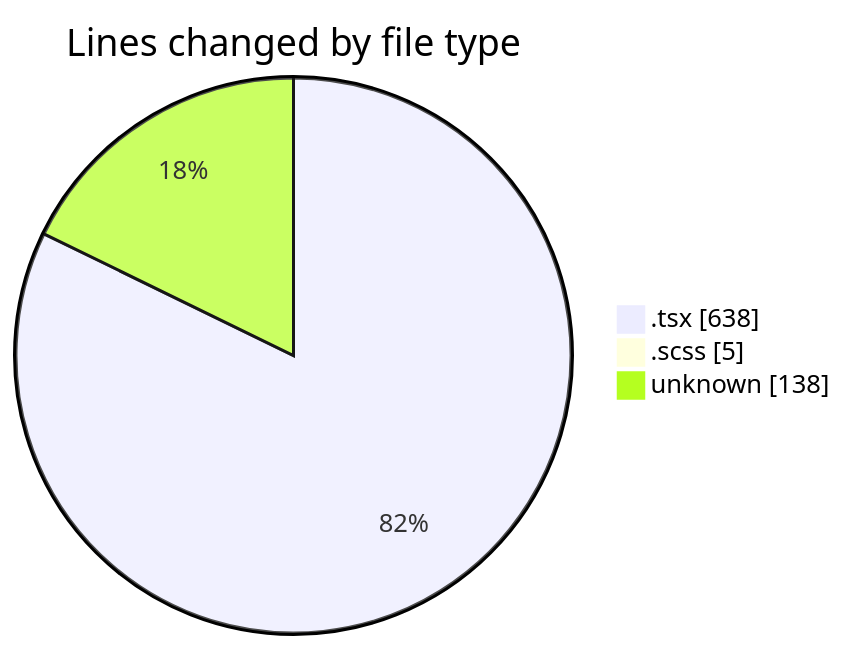
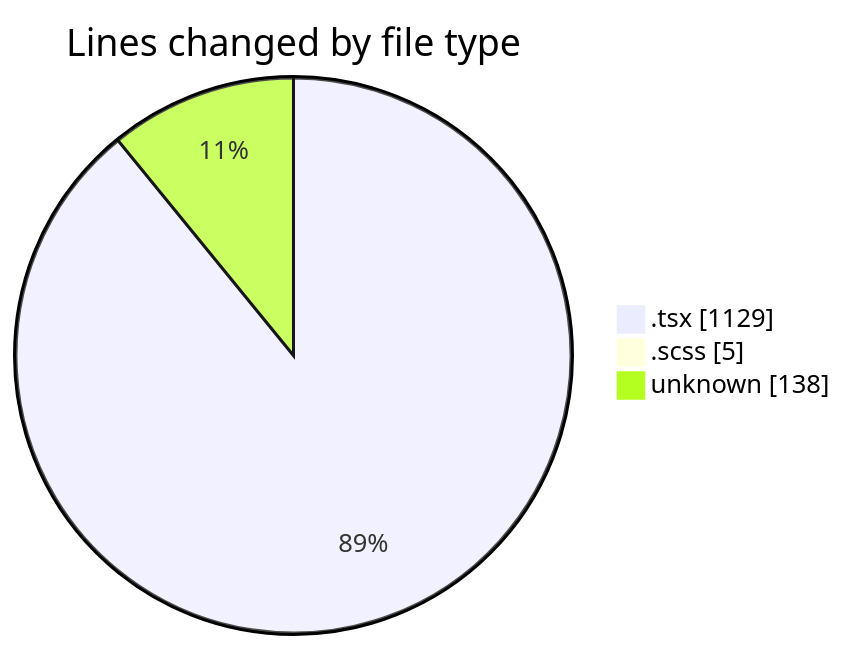
The first of 2 diagrams in 2026-10-13/cda/README.md (momahboobian/code-tracking), drawn with Mermaid before and after one commit. The commit also changed other lines of this file and 1 other file, not shown here.

````diff
--- a/2026-10-13/cda/README.md
+++ b/2026-10-13/cda/README.md
@@ -27,7 +30,7 @@
 ```mermaid
 pie showData
 title Lines changed by file type
-".tsx" : 638
+".tsx" : 1129
 ".scss" : 5
 "unknown" : 138
 ```
````
